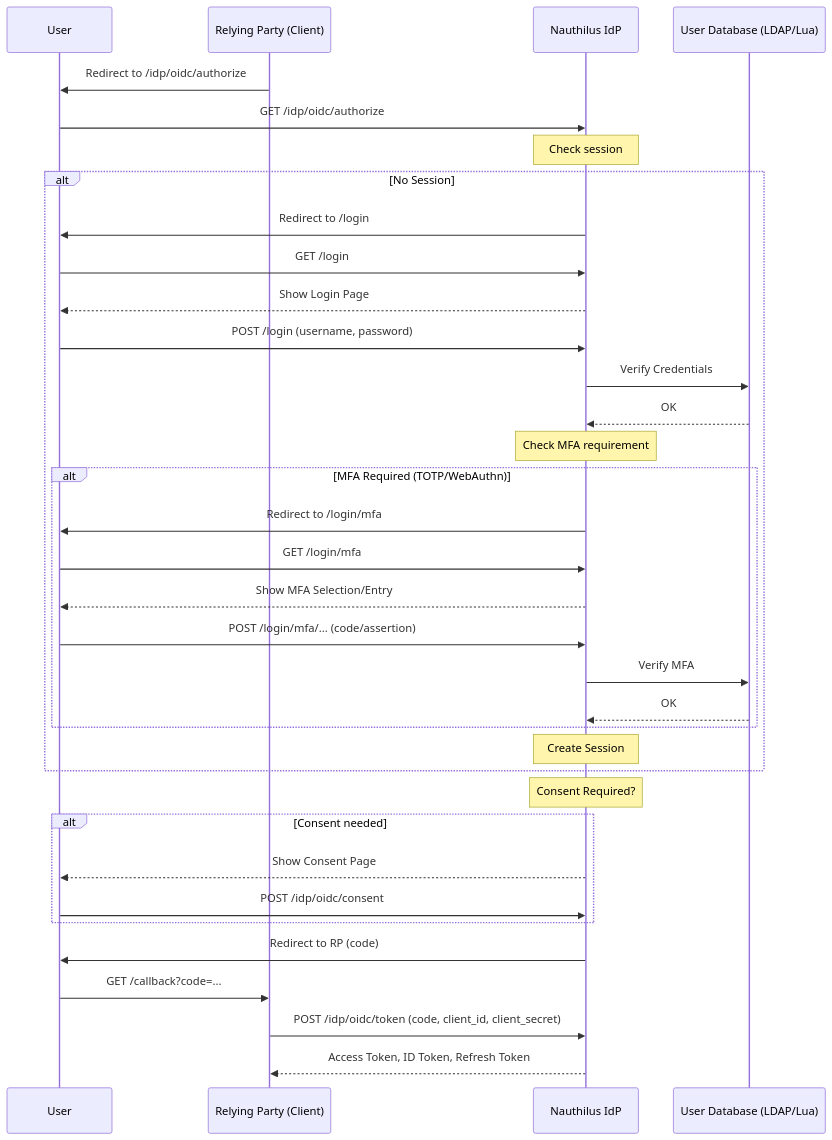
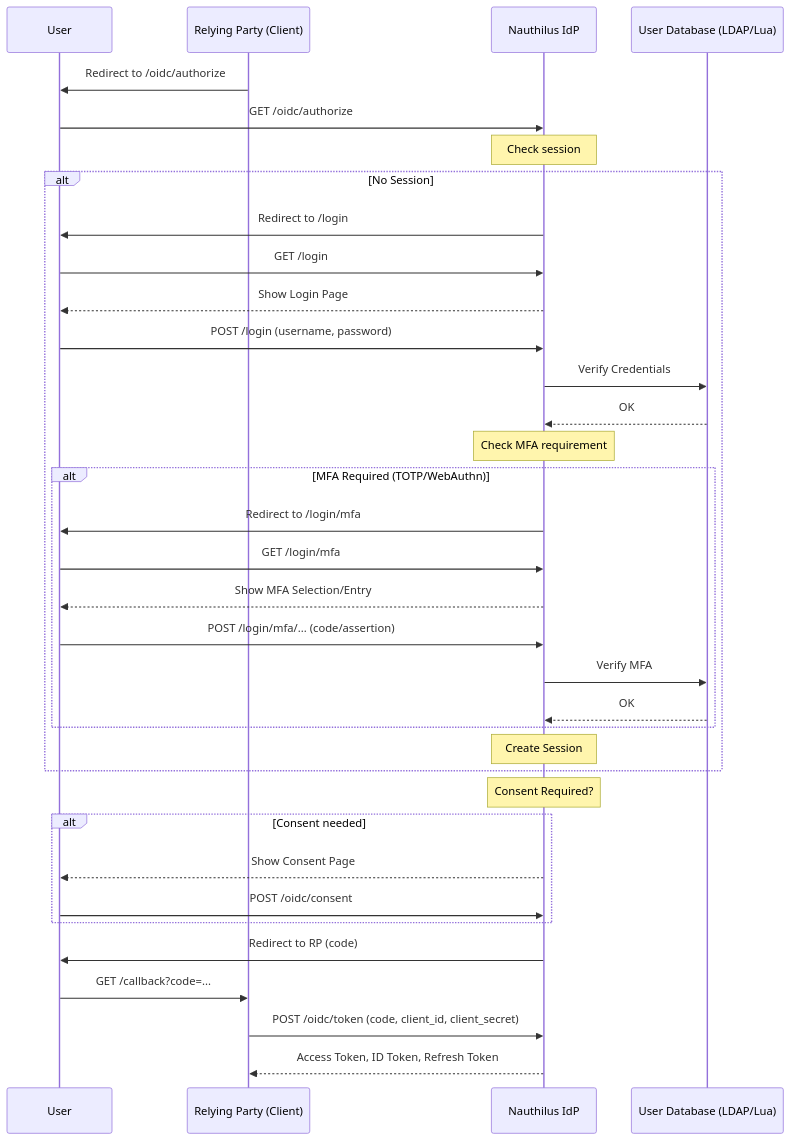
One commit to croessner/nauthilus-website changed the diagram in docs/configuration/idp/oidc.md. Above: the diagram before and after it, drawn with Mermaid. The commit also changed other lines of this file and 22 other files, not shown here.

````diff
--- a/docs/configuration/idp/oidc.md
+++ b/docs/configuration/idp/oidc.md
@@ -15,38 +15,38 @@
 ```mermaid
 sequenceDiagram
     participant User
     participant RP as Relying Party (Client)
     participant Nauthilus as Nauthilus IdP
     participant Backend as User Database (LDAP/Lua)
 
-    RP->>User: Redirect to /idp/oidc/authorize
-    User->>Nauthilus: GET /idp/oidc/authorize
+    RP->>User: Redirect to /oidc/authorize
+    User->>Nauthilus: GET /oidc/authorize
     Note over Nauthilus: Check session
     alt No Session
         Nauthilus->>User: Redirect to /login
         User->>Nauthilus: GET /login
         Nauthilus-->>User: Show Login Page
         User->>Nauthilus: POST /login (username, password)
         Nauthilus->>Backend: Verify Credentials
         Backend-->>Nauthilus: OK
         Note over Nauthilus: Check MFA requirement
         alt MFA Required (TOTP/WebAuthn)
             Nauthilus->>User: Redirect to /login/mfa
             User->>Nauthilus: GET /login/mfa
             Nauthilus-->>User: Show MFA Selection/Entry
             User->>Nauthilus: POST /login/mfa/... (code/assertion)
             Nauthilus->>Backend: Verify MFA
             Backend-->>Nauthilus: OK
         end
         Note over Nauthilus: Create Session
     end
     Note over Nauthilus: Consent Required?
     alt Consent needed
         Nauthilus-->>User: Show Consent Page
-        User->>Nauthilus: POST /idp/oidc/consent
+        User->>Nauthilus: POST /oidc/consent
     end
     Nauthilus->>User: Redirect to RP (code)
     User->>RP: GET /callback?code=...
-    RP->>Nauthilus: POST /idp/oidc/token (code, client_id, client_secret)
+    RP->>Nauthilus: POST /oidc/token (code, client_id, client_secret)
     Nauthilus-->>RP: Access Token, ID Token, Refresh Token
 ```
````
